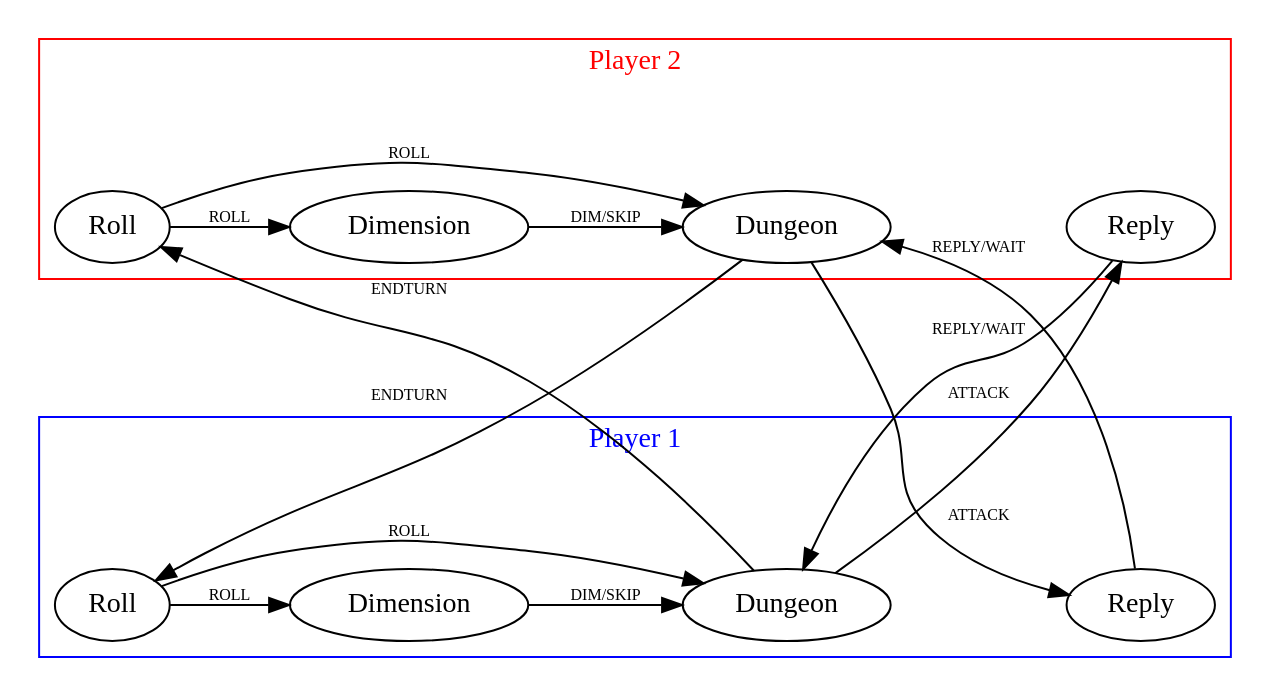
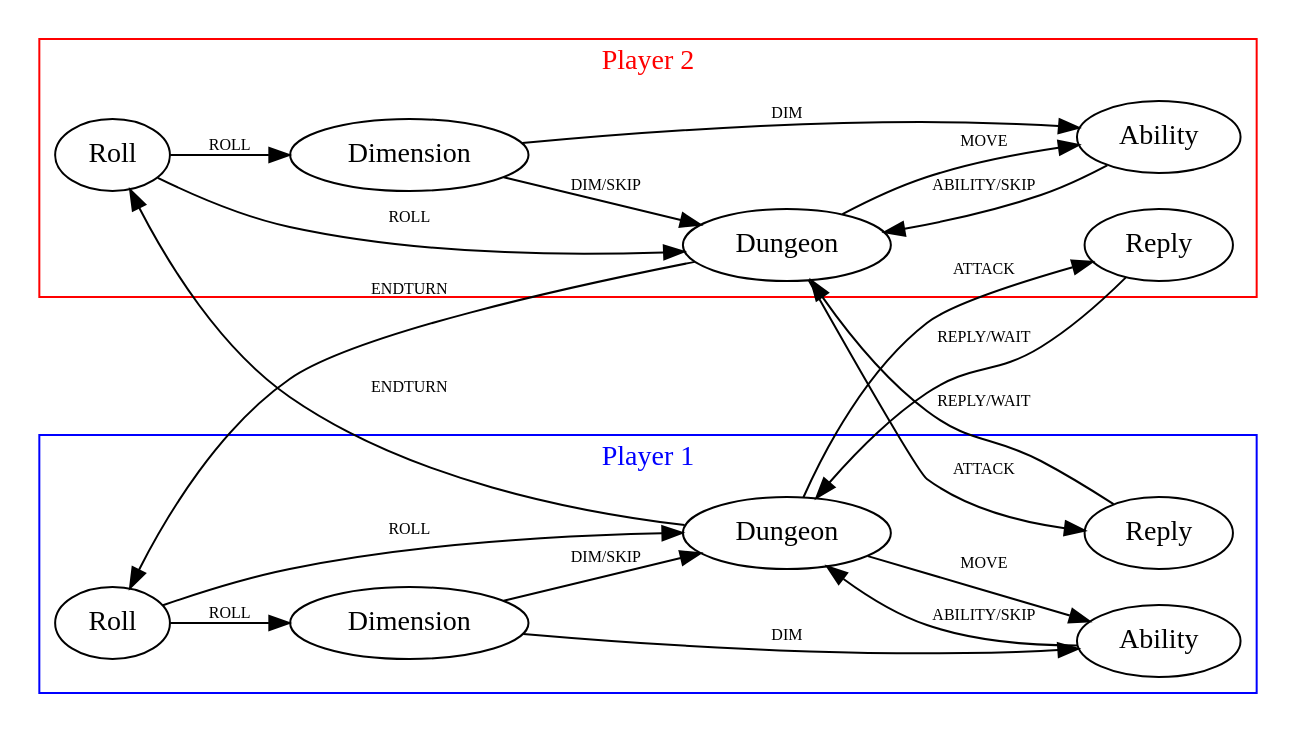
Before and after one commit to francocurotto/DDMre: the diagram in documentation/diagrams/states.dot, drawn with Graphviz. The commit also changed 17 other files, not shown here.

```diff
--- a/documentation/diagrams/states.dot
+++ b/documentation/diagrams/states.dot
@@ -1,39 +1,47 @@
 digraph states {
     // node labels
     rankdir=LR
     Roll1     [label="Roll"]
     Dimension1[label="Dimension"]
     Dungeon1  [label="Dungeon"]
+    Ability1  [label="Ability"]
     Reply1    [label="Reply"]
     Roll2     [label="Roll"]
     Dimension2[label="Dimension"]
     Dungeon2  [label="Dungeon"]
+    Ability2  [label="Ability"]
     Reply2    [label="Reply"]
     edge[fontsize=8]
     // player 1
 	subgraph cluster_1 {
 		label="Player 1"
         color=blue
         fontcolor=blue
 		Roll1 -> Dimension1 [label="ROLL",weight=10]
 		Roll1 -> Dungeon1 [label="ROLL"]
         Dimension1 -> Dungeon1 [label="DIM/SKIP",weight=10]
         Dungeon1 -> Reply1 [weight=10, style=invis]
+        Dimension1 -> Ability1 [label="DIM"]
+        Ability1 -> Dungeon1 [label="ABILITY/SKIP"]
+        Dungeon1 -> Ability1 [label="MOVE"]
 	}
     // player 2
 	subgraph cluster_2 {
 		label="Player 2"
         color=red
         fontcolor=red
 		Roll2 -> Dimension2 [label="ROLL",weight=10]
 		Roll2 -> Dungeon2 [label="ROLL"]
         Dimension2 -> Dungeon2 [label="DIM/SKIP",weight=10]
         Dungeon2 -> Reply2 [weight=10, style=invis]
+        Dimension2 -> Ability2 [label="DIM"]
+        Ability2 -> Dungeon2 [label="ABILITY/SKIP"]
+        Dungeon2 -> Ability2 [label="MOVE"]
 	}
 	Dungeon1 -> Reply2 [label="ATTACK"]
 	Dungeon2 -> Reply1 [label="ATTACK"]
 	Reply1 -> Dungeon2 [label="REPLY/WAIT"]
 	Reply2 -> Dungeon1 [label="REPLY/WAIT"]
     Dungeon1 -> Roll2 [label="ENDTURN"]
     Dungeon2 -> Roll1 [label="ENDTURN"]
 }
```
